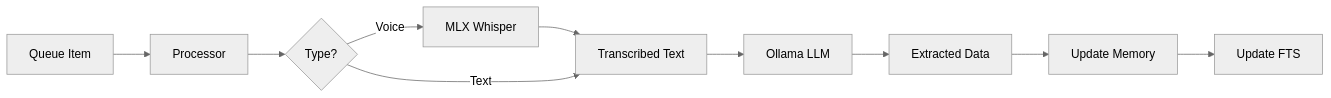
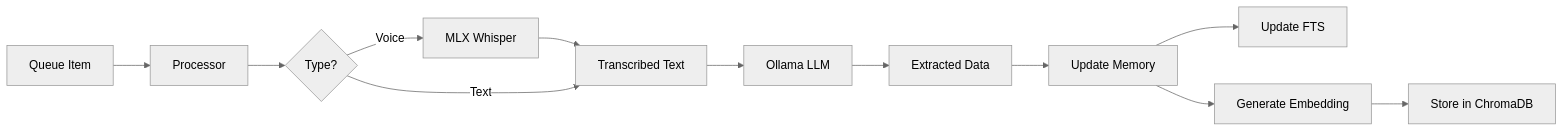
One commit to haochend/second-brain changed the second of 3 diagrams in CLAUDE.md. Above: the diagram before and after it, drawn with Mermaid (neutral theme). The commit also changed other lines of this file and 10 other files, not shown here.

````diff
--- a/CLAUDE.md
+++ b/CLAUDE.md
@@ -53,12 +58,14 @@
 ```mermaid
 graph LR
     A[Queue Item] --> B[Processor]
     B --> C{Type?}
     C -->|Voice| D[MLX Whisper]
     D --> E[Transcribed Text]
     C -->|Text| E
     E --> F[Ollama LLM]
     F --> G[Extracted Data]
     G --> H[Update Memory]
     H --> I[Update FTS]
+    H --> J[Generate Embedding]
+    J --> K[Store in ChromaDB]
 ```
````
